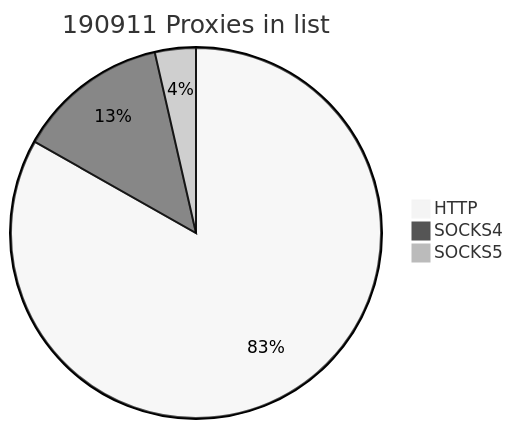
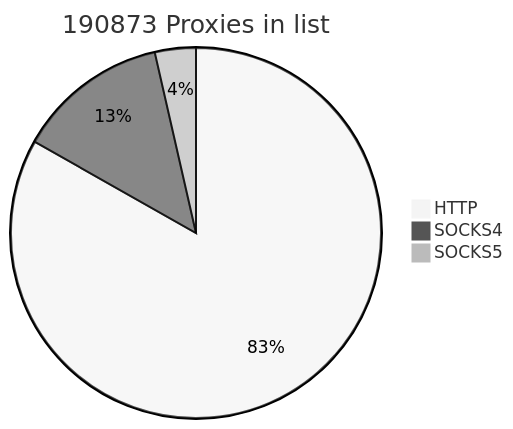
One commit to cutipu/proxylist changed the first of 2 diagrams in README.md. Above: the diagram before and after it, drawn with Mermaid (neutral theme). The commit also changed other lines of this file, not shown here.

````diff
--- a/README.md
+++ b/README.md
@@ -2,7 +2,7 @@
 ```mermaid
-pie title 190911 Proxies in list
-    "HTTP" : 158826
-    "SOCKS4" : 25266
-    "SOCKS5" : 6819
+pie title 190873 Proxies in list
+    "HTTP" : 158790
+    "SOCKS4" : 25263
+    "SOCKS5" : 6820
             
 ```
````
